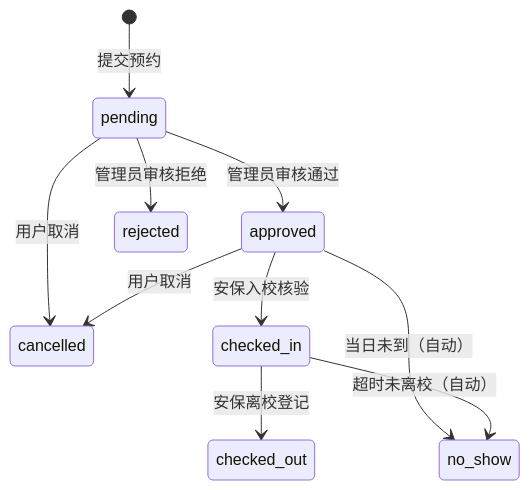
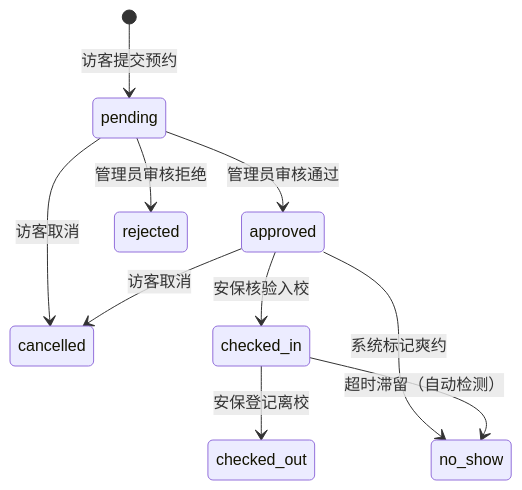
One commit to eiyovai/database changed the second of 2 diagrams in database/README.md. Above: the diagram before and after it, drawn with Mermaid. The commit also changed other lines of this file and 71 other files, not shown here.

Commit message:
全面完善：数据字典对齐SQL、业务流程图增强、黑名单拦截、违规检测联动、前端mock清理、种子数据修复、技术选型精确版本、组员分工

````diff
--- a/database/README.md
+++ b/database/README.md
@@ -129,12 +284,12 @@
 ```mermaid
 stateDiagram-v2
-    [*] --> pending : 提交预约
+    [*] --> pending : 访客提交预约
     pending --> approved : 管理员审核通过
     pending --> rejected : 管理员审核拒绝
-    pending --> cancelled : 用户取消
-    approved --> checked_in : 安保入校核验
-    approved --> cancelled : 用户取消
-    approved --> no_show : 当日未到（自动）
-    checked_in --> checked_out : 安保离校登记
-    checked_in --> no_show : 超时未离校（自动）
+    pending --> cancelled : 访客取消
+    approved --> checked_in : 安保核验入校
+    approved --> cancelled : 访客取消
+    approved --> no_show : 系统标记爽约
+    checked_in --> checked_out : 安保登记离校
+    checked_in --> no_show : 超时滞留（自动检测）
 ```
````
